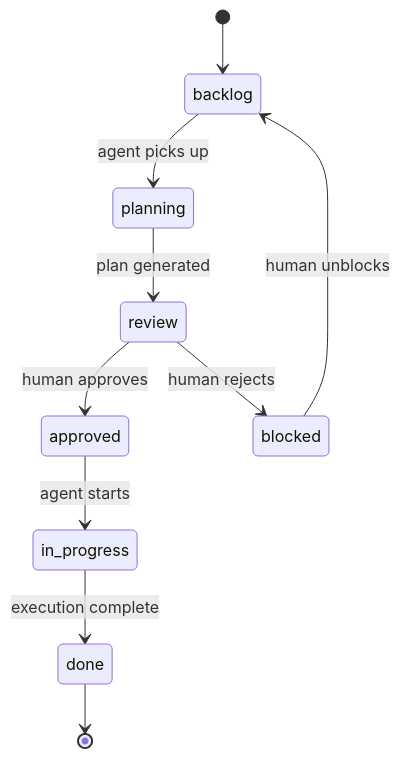
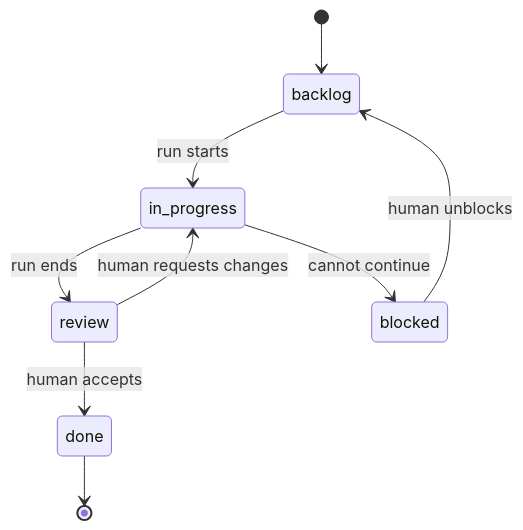
Before and after one commit to BorjaIP/meridian: the diagram in docs/protocol.md, drawn with Mermaid. The commit also changed other lines of this file and 3 other files, not shown here.

Commit message:
docs(protocol): define single-file task format for ODD flow

````diff
--- a/docs/protocol.md
+++ b/docs/protocol.md
@@ -74,12 +114,11 @@
 ```mermaid
 stateDiagram-v2
     [*] --> backlog
-    backlog --> planning : agent picks up
-    planning --> review : plan generated
-    review --> approved : human approves
-    review --> blocked : human rejects
-    approved --> in_progress : agent starts
-    in_progress --> done : execution complete
+    backlog --> in_progress : run starts
+    in_progress --> review : run ends
+    in_progress --> blocked : cannot continue
+    review --> done : human accepts
+    review --> in_progress : human requests changes
     blocked --> backlog : human unblocks
     done --> [*]
 ```
````
